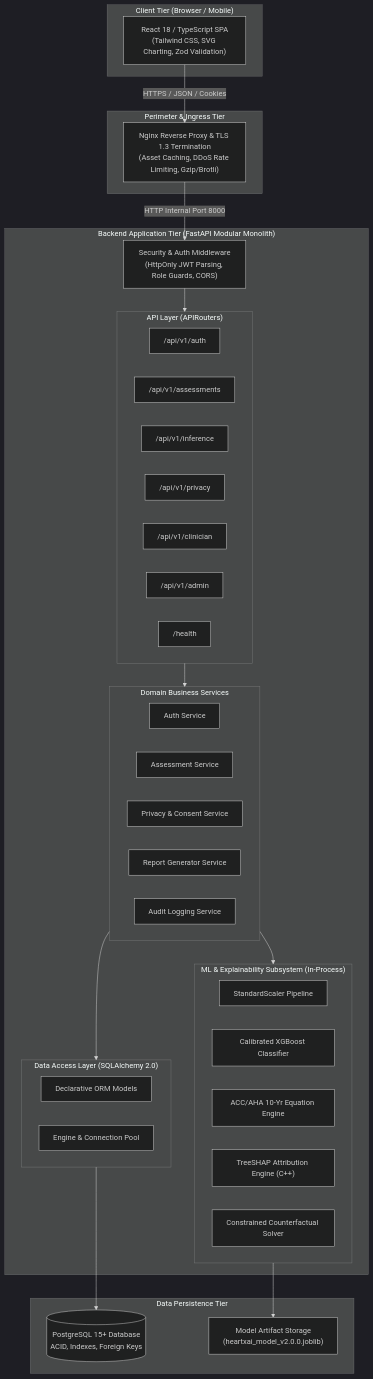
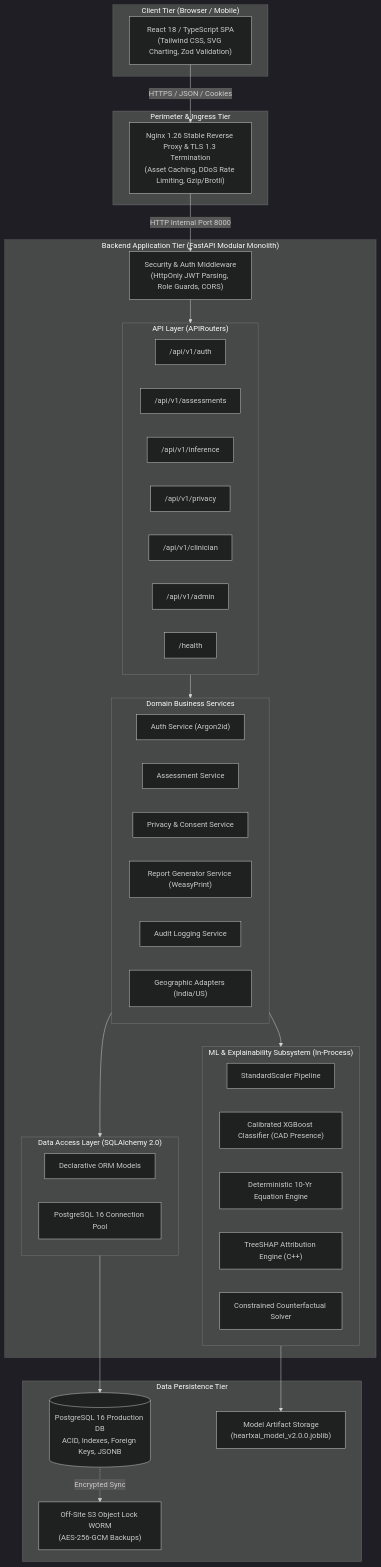
The second of 2 diagrams in docs/SYSTEM_ARCHITECTURE_DOCUMENT.md (sandeep-kumar-270904/Heart-Disease-Risk-Prediction), drawn with Mermaid (dark theme) before and after one commit. The commit also changed other lines of this file and 13 other files, not shown here.

Commit message:
docs(phase-3): remediate architecture review findings across geography, clinical bounds, database parity, and backup security

````diff
--- a/docs/SYSTEM_ARCHITECTURE_DOCUMENT.md
+++ b/docs/SYSTEM_ARCHITECTURE_DOCUMENT.md
@@ -69,59 +73,62 @@
 ```mermaid
 graph TB
     subgraph ClientTier ["Client Tier (Browser / Mobile)"]
         SPA["React 18 / TypeScript SPA\n(Tailwind CSS, SVG Charting, Zod Validation)"]
     end
 
     subgraph IngressTier ["Perimeter & Ingress Tier"]
-        Proxy["Nginx Reverse Proxy & TLS 1.3 Termination\n(Asset Caching, DDoS Rate Limiting, Gzip/Brotli)"]
+        Proxy["Nginx 1.26 Stable Reverse Proxy & TLS 1.3 Termination\n(Asset Caching, DDoS Rate Limiting, Gzip/Brotli)"]
     end
 
     subgraph AppTier ["Backend Application Tier (FastAPI Modular Monolith)"]
         Middleware["Security & Auth Middleware\n(HttpOnly JWT Parsing, Role Guards, CORS)"]
         
         subgraph APILayer ["API Layer (APIRouters)"]
             R_Auth["/api/v1/auth"]
             R_Assess["/api/v1/assessments"]
             R_XAI["/api/v1/inference"]
             R_Privacy["/api/v1/privacy"]
             R_Clinician["/api/v1/clinician"]
             R_Admin["/api/v1/admin"]
             R_Health["/health"]
         end
 
         subgraph ServiceLayer ["Domain Business Services"]
-            S_Auth["Auth Service"]
+            S_Auth["Auth Service (Argon2id)"]
             S_Assess["Assessment Service"]
             S_Privacy["Privacy & Consent Service"]
-            S_Report["Report Generator Service"]
+            S_Report["Report Generator Service (WeasyPrint)"]
             S_Audit["Audit Logging Service"]
+            S_Adapters["Geographic Adapters (India/US)"]
         end
 
         subgraph MLSubsystem ["ML & Explainability Subsystem (In-Process)"]
             ML_Preproc["StandardScaler Pipeline"]
-            ML_XGB["Calibrated XGBoost Classifier"]
-            ML_ASCVD["ACC/AHA 10-Yr Equation Engine"]
+            ML_XGB["Calibrated XGBoost Classifier (CAD Presence)"]
+            ML_ASCVD["Deterministic 10-Yr Equation Engine"]
             ML_SHAP["TreeSHAP Attribution Engine (C++)"]
             ML_CF["Constrained Counterfactual Solver"]
         end
 
         subgraph DAL ["Data Access Layer (SQLAlchemy 2.0)"]
             ORM_Models["Declarative ORM Models"]
-            Engine["Engine & Connection Pool"]
+            Engine["PostgreSQL 16 Connection Pool"]
         end
     end
 
     subgraph StorageTier ["Data Persistence Tier"]
-        Postgres[(PostgreSQL 15+ Database\nACID, Indexes, Foreign Keys)]
+        Postgres[(PostgreSQL 16 Production DB\nACID, Indexes, Foreign Keys, JSONB)]
         DiskVolume["Model Artifact Storage\n(heartxai_model_v2.0.0.joblib)"]
+        S3Worm["Off-Site S3 Object Lock WORM\n(AES-256-GCM Backups)"]
     end
 
     SPA -->|HTTPS / JSON / Cookies| Proxy
     Proxy -->|HTTP Internal Port 8000| Middleware
     Middleware --> APILayer
     APILayer --> ServiceLayer
     ServiceLayer --> MLSubsystem
     ServiceLayer --> DAL
     MLSubsystem --> DiskVolume
     DAL --> Postgres
+    Postgres -.->|Encrypted Sync| S3Worm
 ```
````
